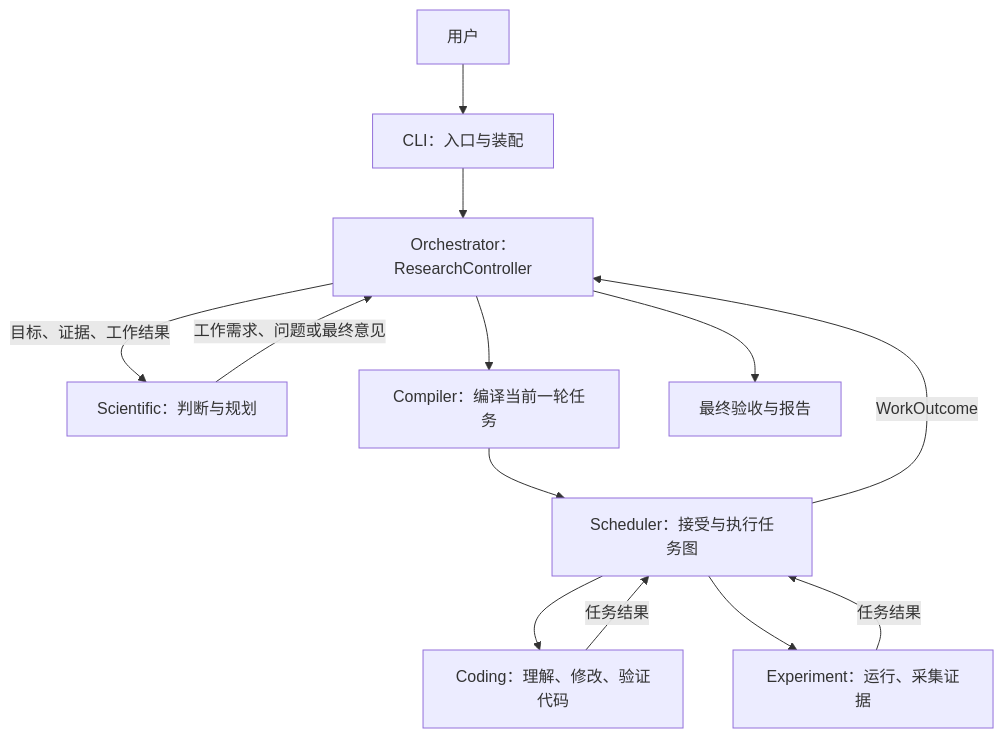
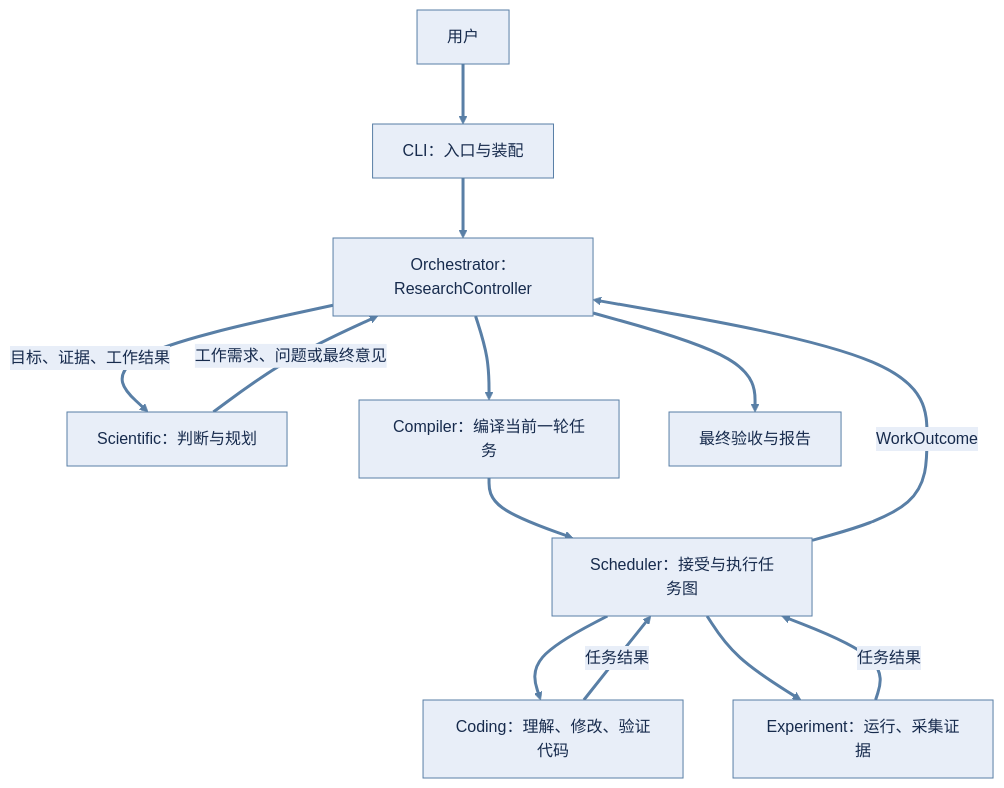
One commit to ylc123456789/ResAgent2 changed the first of 2 diagrams in docs/current/ARCHITECTURE.md. Above: the diagram before and after it, drawn with Mermaid. The commit also changed other lines of this file, not shown here.

Commit message:
docs: make architecture diagrams readable in light and dark themes

````diff
--- a/docs/current/ARCHITECTURE.md
+++ b/docs/current/ARCHITECTURE.md
@@ -13,15 +14,17 @@
 ```mermaid
+%%{init: {"theme": "base", "themeVariables": {"primaryColor": "#e8eef8", "primaryTextColor": "#172b4d", "primaryBorderColor": "#597fa6", "lineColor": "#597fa6", "textColor": "#172b4d", "edgeLabelBackground": "#e8eef8"}, "flowchart": {"nodeSpacing": 50, "rankSpacing": 60}}}%%
 flowchart TB
     User[用户] --> Entry[CLI：入口与装配]
     Entry --> Controller[Orchestrator：ResearchController]
     Controller -->|目标、证据、工作结果| Scientific[Scientific：判断与规划]
     Scientific -->|工作需求、问题或最终意见| Controller
     Controller --> Compiler[Compiler：编译当前一轮任务]
     Compiler --> Scheduler[Scheduler：接受与执行任务图]
     Scheduler --> Coding[Coding：理解、修改、验证代码]
     Scheduler --> Experiment[Experiment：运行、采集证据]
     Coding -->|任务结果| Scheduler
     Experiment -->|任务结果| Scheduler
     Scheduler -->|WorkOutcome| Controller
     Controller --> Report[最终验收与报告]
+    linkStyle default stroke:#597fa6,stroke-width:3px
 ```
````
